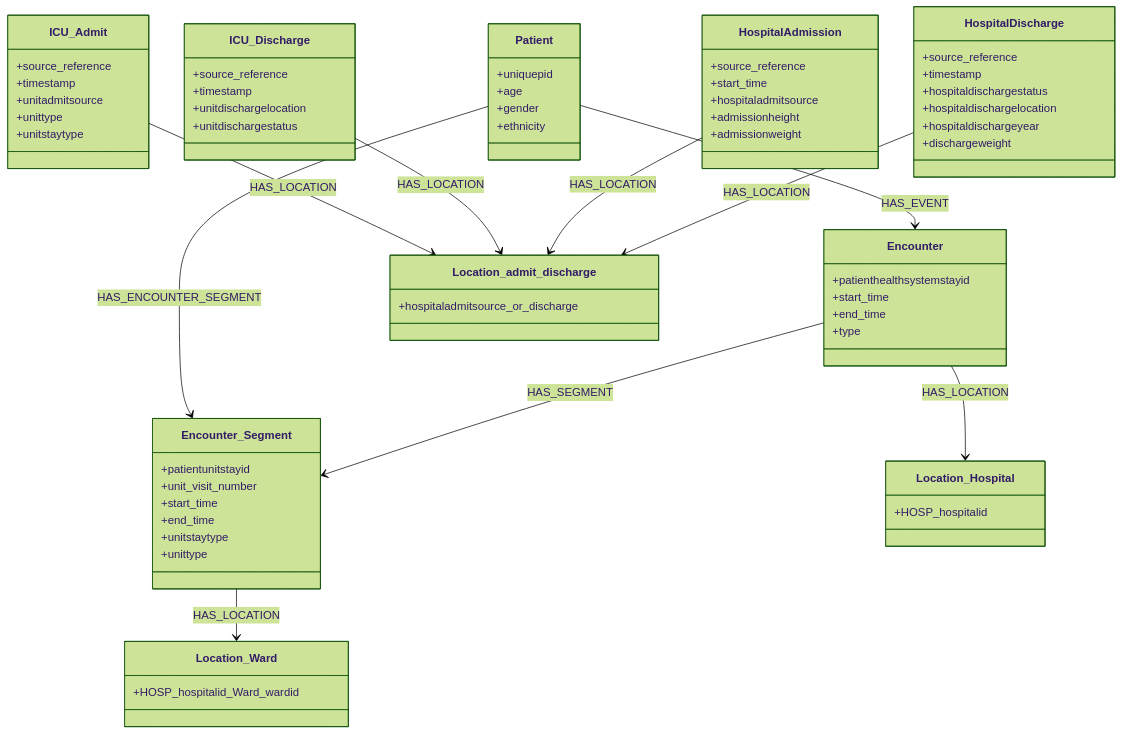
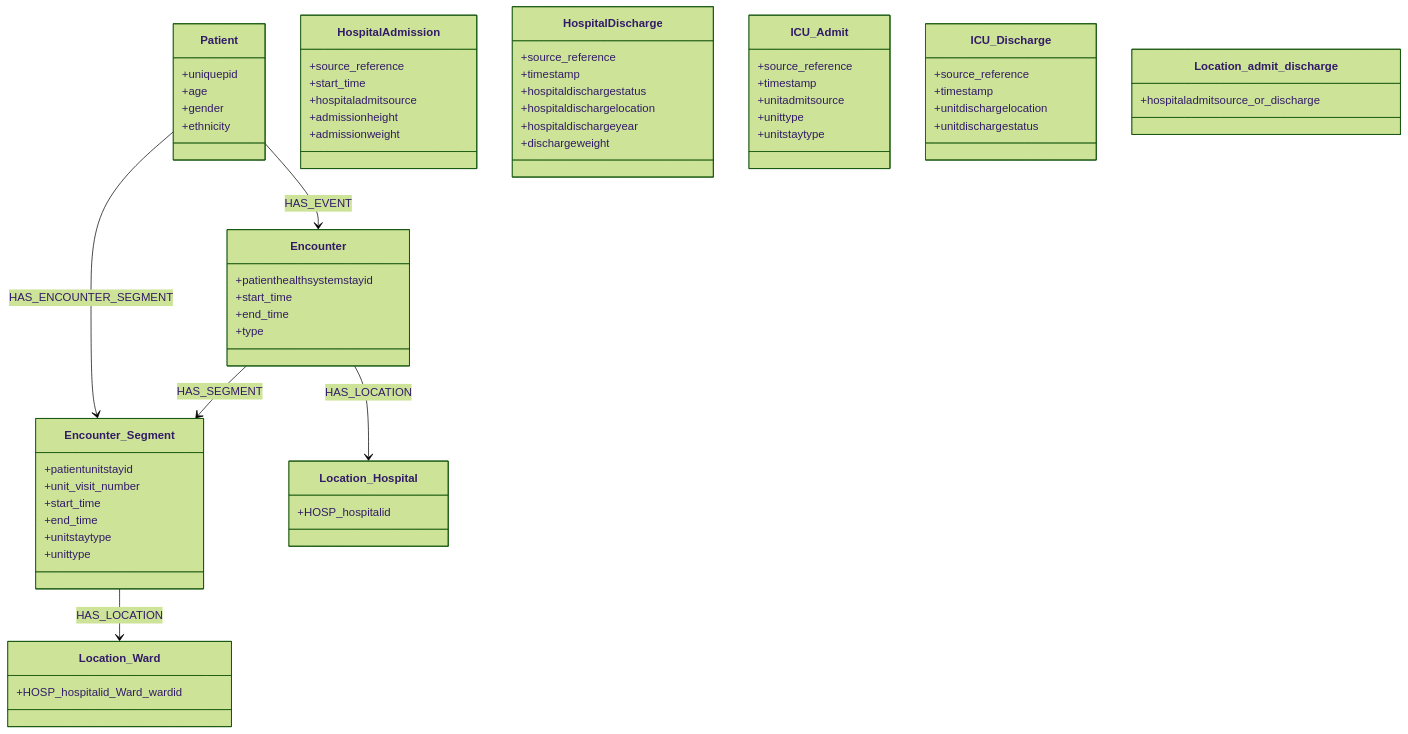
The diagram in README.md (BecksFedeUniPr/eICU_mapping), drawn with Mermaid (forest theme) before and after one commit.

````diff
--- a/README.md
+++ b/README.md
@@ -102,10 +102,4 @@
     
     Encounter --> Location_Hospital : HAS_LOCATION
     Encounter_Segment --> Location_Ward : HAS_LOCATION
-    
-    ICU_Admit --> Location_admit_discharge : HAS_LOCATION
-    ICU_Discharge --> Location_admit_discharge : HAS_LOCATION
-    
-    HospitalAdmission --> Location_admit_discharge : HAS_LOCATION
-    HospitalDischarge --> Location_admit_discharge : HAS_LOCATION
 ```
````
